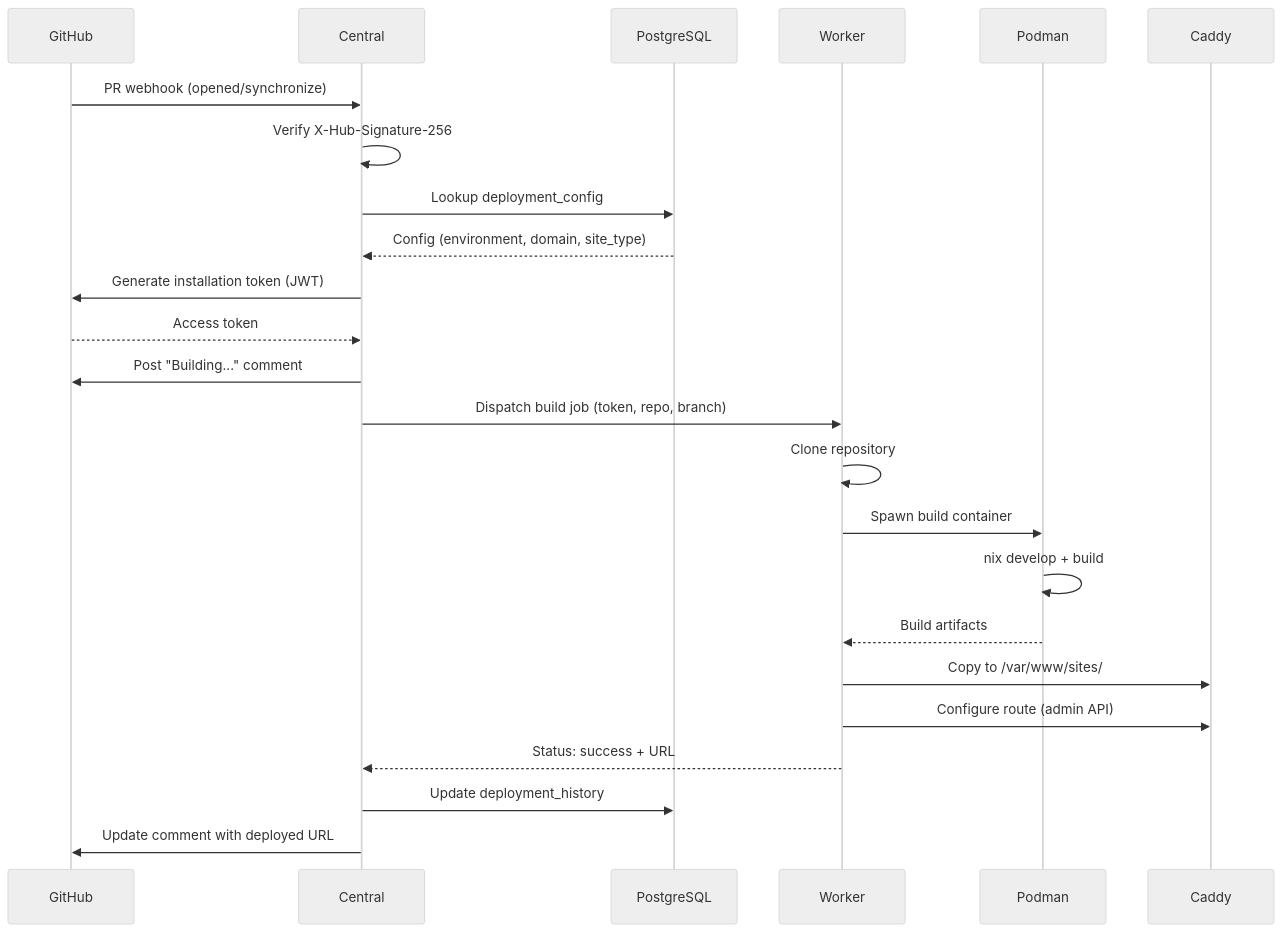
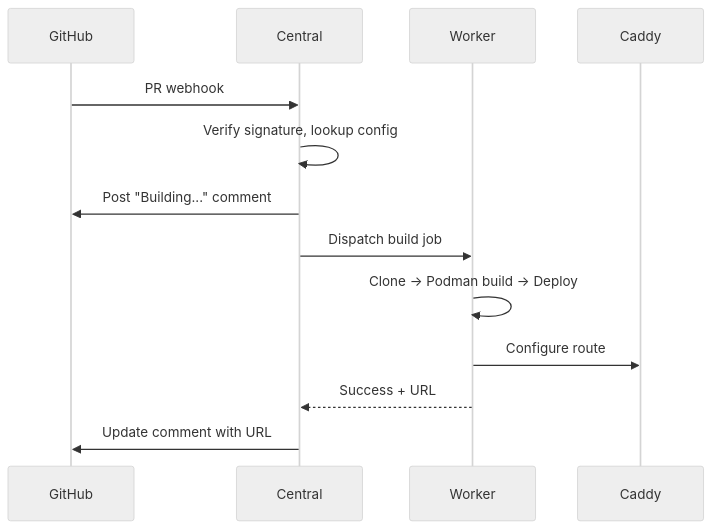
The first of 3 diagrams in docs/architecture.md (nullislabs/catapult), drawn with Mermaid (neutral theme) before and after one commit. The commit also changed other lines of this file and 3 other files, not shown here.

````diff
--- a/docs/architecture.md
+++ b/docs/architecture.md
@@ -79,27 +47,16 @@
 ```mermaid
 sequenceDiagram
     participant GH as GitHub
     participant C as Central
-    participant DB as PostgreSQL
     participant W as Worker
-    participant P as Podman
     participant CD as Caddy
 
-    GH->>C: PR webhook (opened/synchronize)
-    C->>C: Verify X-Hub-Signature-256
-    C->>DB: Lookup deployment_config
-    DB-->>C: Config (environment, domain, site_type)
-    C->>GH: Generate installation token (JWT)
-    GH-->>C: Access token
+    GH->>C: PR webhook
+    C->>C: Verify signature, lookup config
     C->>GH: Post "Building..." comment
-    C->>W: Dispatch build job (token, repo, branch)
-    W->>W: Clone repository
-    W->>P: Spawn build container
-    P->>P: nix develop + build
-    P-->>W: Build artifacts
-    W->>CD: Copy to /var/www/sites/
-    W->>CD: Configure route (admin API)
-    W-->>C: Status: success + URL
-    C->>DB: Update deployment_history
-    C->>GH: Update comment with deployed URL
+    C->>W: Dispatch build job
+    W->>W: Clone → Podman build → Deploy
+    W->>CD: Configure route
+    W-->>C: Success + URL
+    C->>GH: Update comment with URL
 ```
````
